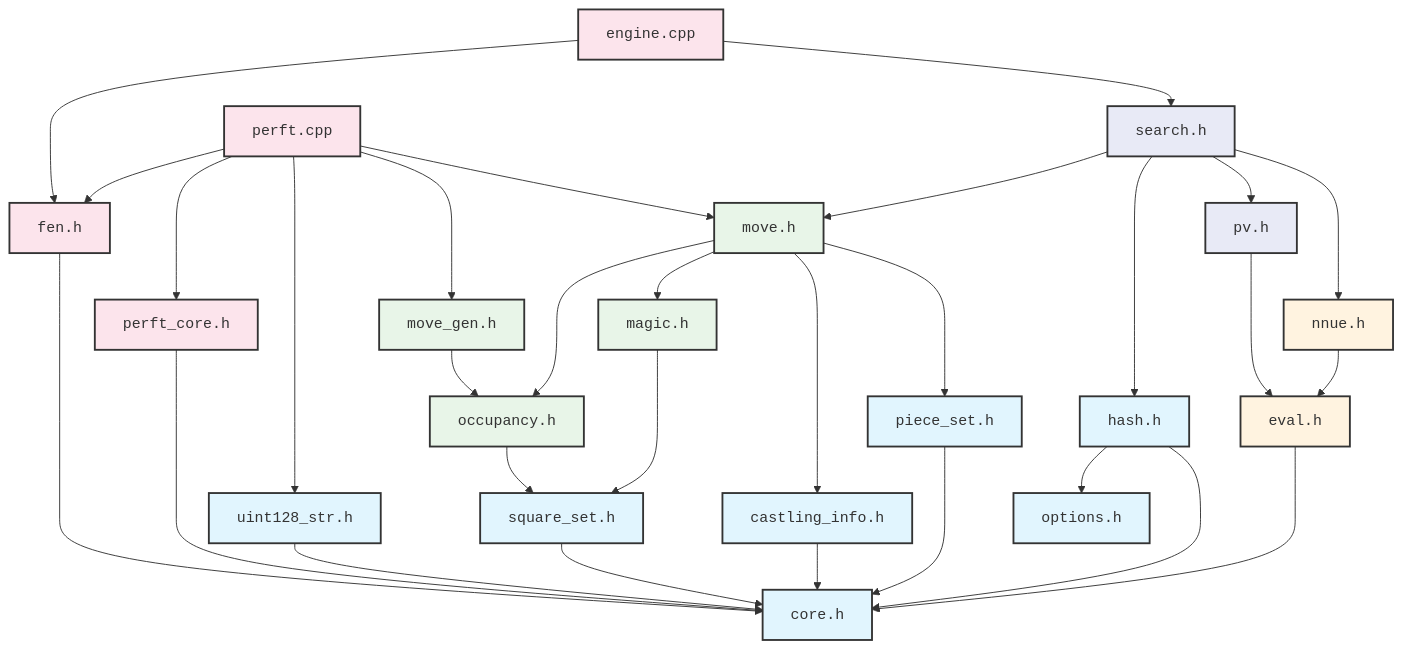
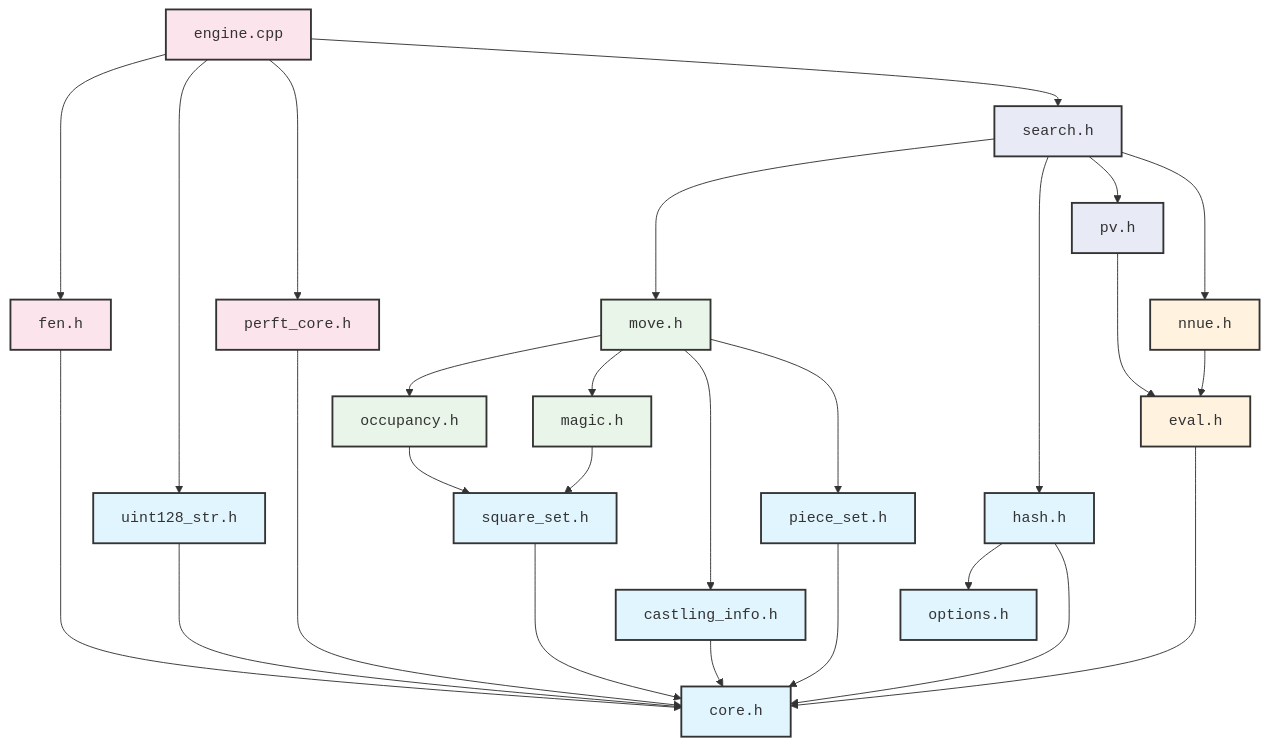
One commit to GeertBosch/gbchess changed the second of 2 diagrams in src/README.md. Above: the diagram before and after it, drawn with Mermaid. The commit also changed other lines of this file and 2 other files, not shown here.

Commit message:
Add "go perft" UCI command a la Stockfish

````diff
--- a/src/README.md
+++ b/src/README.md
@@ -76,7 +75,6 @@
     E[eval.h]
         EN[nnue.h]
 
-
     %% FEN module - Forsyth-Edwards notation
     F[fen.h]
 
@@ -85,13 +83,11 @@
 
     %% Move module - Move generation
     M[move.h]
-        MG[move_gen.h]
         %% Move Magic module - Sliding move generation
         MM[magic.h]
     MO[occupancy.h]
 
     %% Perft module - move generator testing
-    P[perft.cpp]
     PC[perft_core.h]
 
     %% Search module
@@ -105,15 +101,12 @@
     %% Transitive dependencies are generally omitted for the graph.
     U --> F
     U --> S
-    F --> C
-    P --> M
-    P --> PC
-    P ---> MG
-    P ----> CU
+    U --> PC
+    F -----> C
     S --> M
-    PC ----> C
-    CU --> C
-    MG --> MO
+    U ----> CU
+    CU ---> C
+    PC -----> C
     M --> MO
     MO --> SS
     M --> MM
@@ -123,16 +116,15 @@
     S --> PV
     PV ---> E
     EN --> E
-    P --> F
     M --> CI
     M ---> PS
-    MM ---> SS
+    MM --> SS
     CI --> C
     PS ---> C
     H --> O
     O ~~~ C
     H --> C
-    E --> C
+    E ----> C
 
     %% Styling
     classDef core fill:#e1f5fe,stroke:#333,stroke-width:2px,font-family:monospace
@@ -142,8 +134,8 @@
     classDef search fill:#e8eaf6,stroke:#333,stroke-width:2px,font-family:monospace
 
     class C,PS,CI,SS,H,O,CU core
-    class MM,MO,MG,M move
+    class MM,MO,M move
     class E,EN eval
     class S,PV search
-    class F,U,P,PC engine
+    class F,U,PC engine
 ```
````
